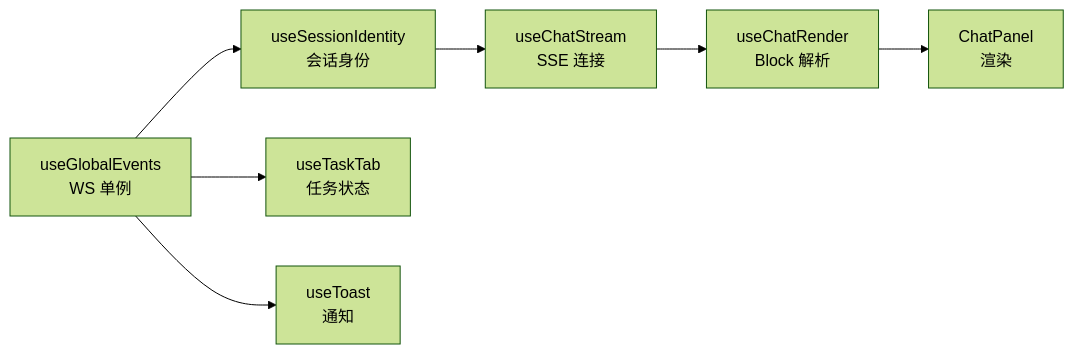
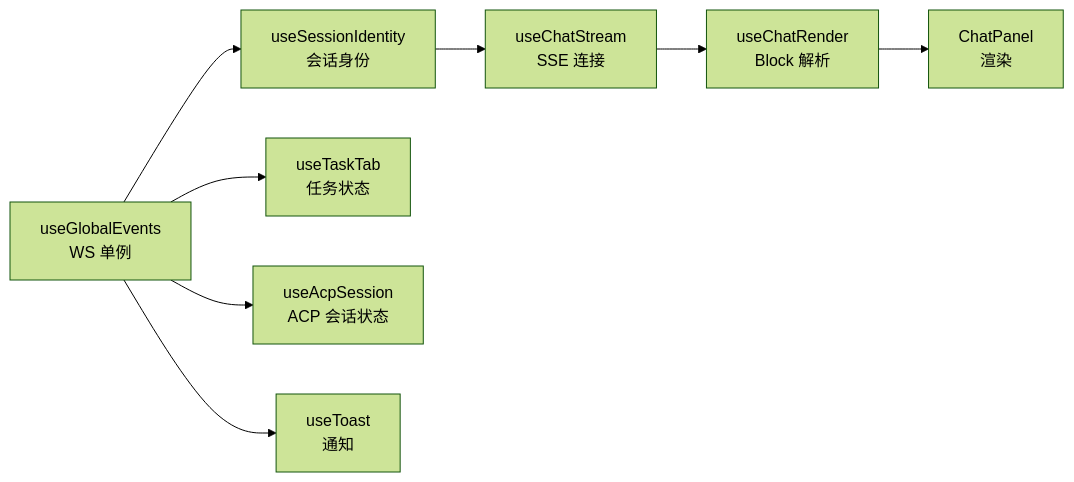
Before and after one commit to clawbench-dev/clawbench: the second of 2 diagrams in docs/spec/client/frontend-architecture.md, drawn with Mermaid (forest theme). The commit also changed other lines of this file and 12 other files, not shown here.

````diff
--- a/docs/spec/client/frontend-architecture.md
+++ b/docs/spec/client/frontend-architecture.md
@@ -25,10 +24,11 @@
 ```mermaid
 flowchart LR
     A[useGlobalEvents<br/>WS 单例] --> B[useSessionIdentity<br/>会话身份]
     B --> C[useChatStream<br/>SSE 连接]
     C --> D[useChatRender<br/>Block 解析]
     D --> E[ChatPanel<br/>渲染]
 
     A --> F[useTaskTab<br/>任务状态]
-    A --> G[useToast<br/>通知]
+    A --> G[useAcpSession<br/>ACP 会话状态]
+    A --> H[useToast<br/>通知]
 ```
````
